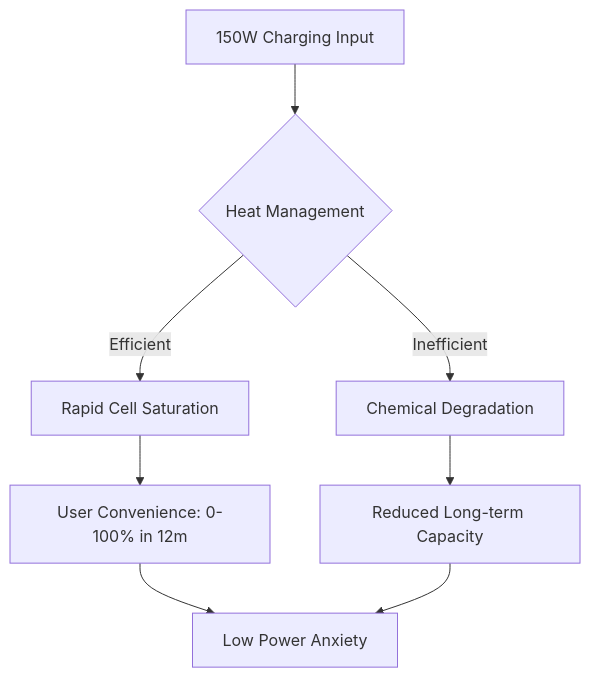
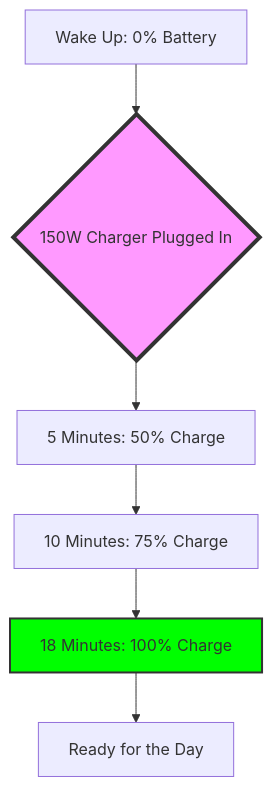
One commit to Thirupathi-pirate/ivy changed the diagram in blog-source/_posts/2026-06-26-gt-neo-3-phone.md. Above: the diagram before and after it, drawn with Mermaid. The commit also changed other lines of this file, not shown here.

````diff
--- a/blog-source/_posts/2026-06-26-gt-neo-3-phone.md
+++ b/blog-source/_posts/2026-06-26-gt-neo-3-phone.md
@@ -59,10 +52,10 @@
 ```mermaid
 graph TD
-    A[150W Charging Input] --> B{Heat Management}
-    B -->|Efficient| C[Rapid Cell Saturation]
-    B -->|Inefficient| D[Chemical Degradation]
-    C --> E[User Convenience: 0-100% in 12m]
-    D --> F[Reduced Long-term Capacity]
-    E --> G[Low Power Anxiety]
-    F --> G
+    A[Wake Up: 0% Battery] --> B{150W Charger Plugged In}
+    B --> C[5 Minutes: 50% Charge]
+    C --> D[10 Minutes: 75% Charge]
+    D --> E[18 Minutes: 100% Charge]
+    E --> F[Ready for the Day]
+    style B fill:#f9f,stroke:#333,stroke-width:4px
+    style E fill:#00ff00,stroke:#333,stroke-width:2px
 ```
````
